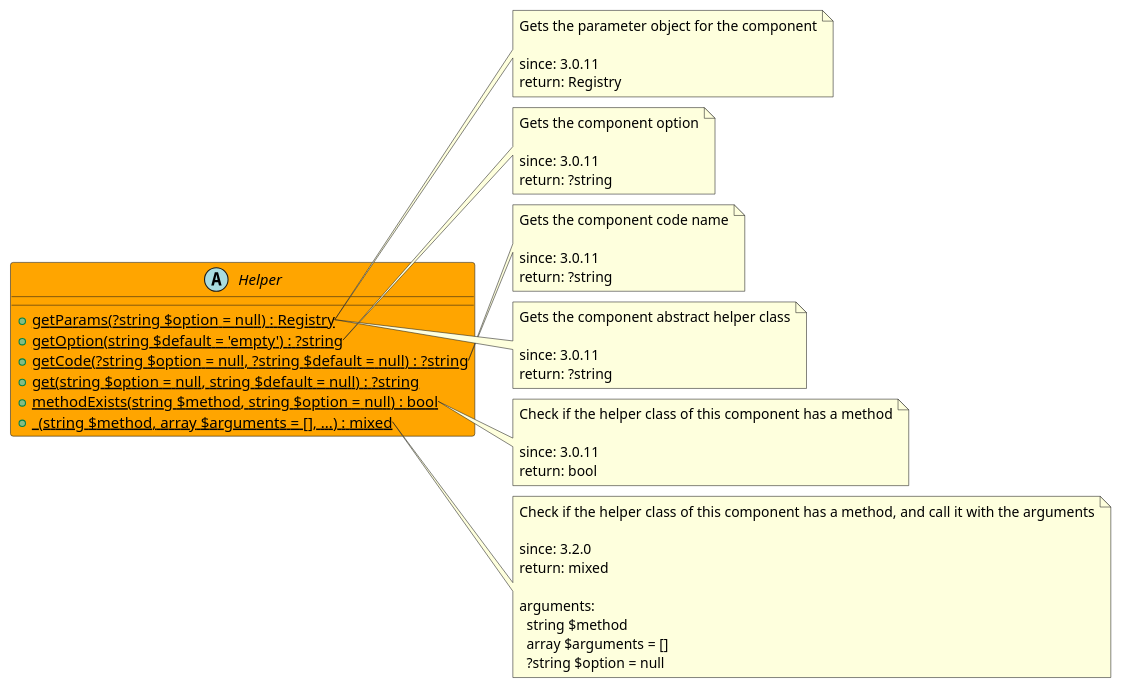
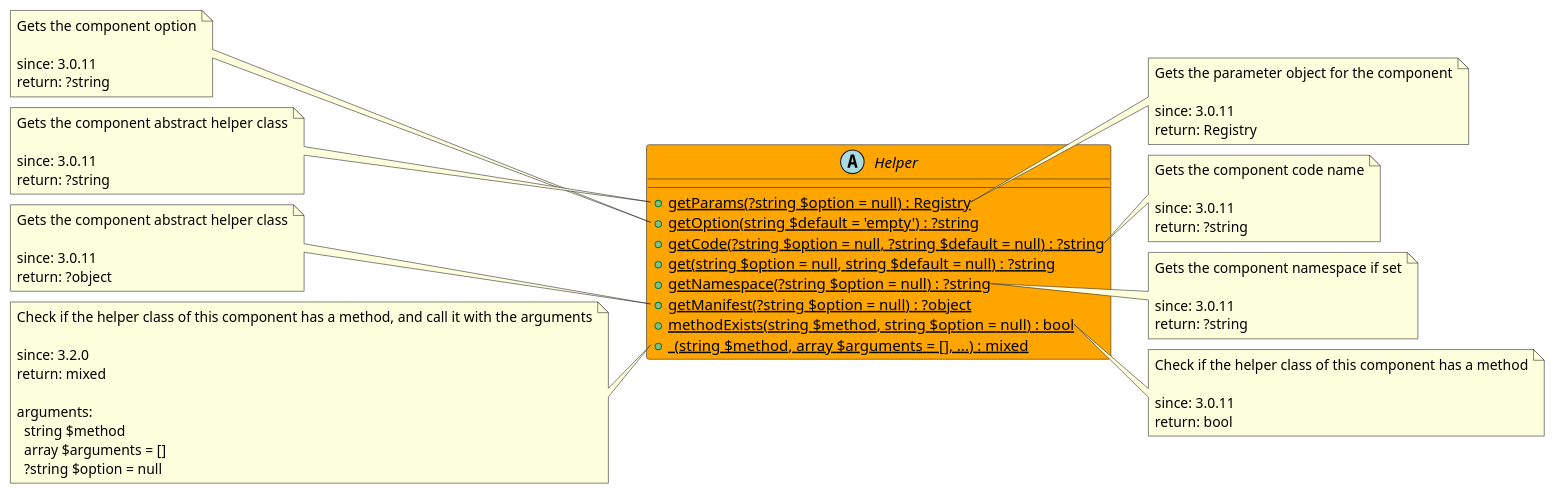
Before and after one commit to joomengine/super-powers: the diagram in src/640b5352-fb09-425f-a26e-cd44eda03f15/README.md, drawn with PlantUML. The commit also changed 39 other files, not shown here.

````diff
--- a/src/640b5352-fb09-425f-a26e-cd44eda03f15/README.md
+++ b/src/640b5352-fb09-425f-a26e-cd44eda03f15/README.md
@@ -11,60 +11,76 @@
 ```uml
 @startuml
 abstract Helper  #Orange {
   + {static} getParams(?string $option = null) : Registry
   + {static} getOption(string $default = 'empty') : ?string
   + {static} getCode(?string $option = null, ?string $default = null) : ?string
   + {static} get(string $option = null, string $default = null) : ?string
+  + {static} getNamespace(?string $option = null) : ?string
+  + {static} getManifest(?string $option = null) : ?object
   + {static} methodExists(string $method, string $option = null) : bool
   + {static} _(string $method, array $arguments = [], ...) : mixed
 }
 
 note right of Helper::getParams
   Gets the parameter object for the component
 
   since: 3.0.11
   return: Registry
 end note
 
-note right of Helper::getOption
+note left of Helper::getOption
   Gets the component option
 
   since: 3.0.11
   return: ?string
 end note
 
 note right of Helper::getCode
   Gets the component code name
 
   since: 3.0.11
   return: ?string
 end note
 
-note right of Helper::get
+note left of Helper::get
   Gets the component abstract helper class
 
   since: 3.0.11
   return: ?string
+end note
+
+note right of Helper::getNamespace
+  Gets the component namespace if set
+
+  since: 3.0.11
+  return: ?string
+end note
+
+note left of Helper::getManifest
+  Gets the component abstract helper class
+
+  since: 3.0.11
+  return: ?object
 end note
 
 note right of Helper::methodExists
   Check if the helper class of this component has a method
 
   since: 3.0.11
   return: bool
 end note
 
-note right of Helper::_
+note left of Helper::_
   Check if the helper class of this component has a method, and call it with the arguments
 
   since: 3.2.0
   return: mixed
   
   arguments:
     string $method
     array $arguments = []
     ?string $option = null
 end note
  
 @enduml
 ```
````
